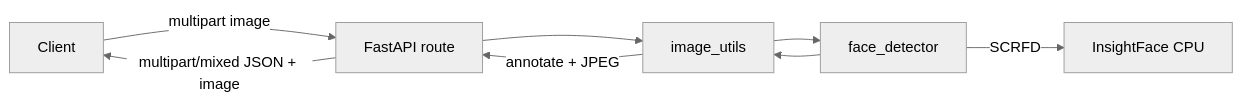
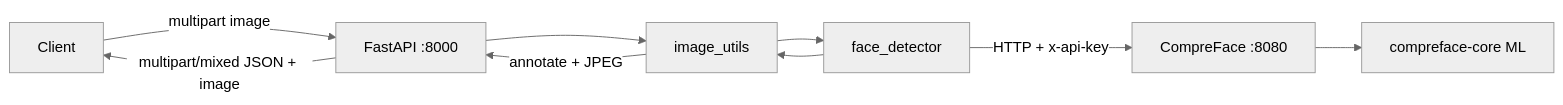
The diagram in README.md (sanjaycoder01/Face-Detection), drawn with Mermaid (neutral theme) before and after one commit. The commit also changed other lines of this file and 24 other files, not shown here.

````diff
--- a/README.md
+++ b/README.md
@@ -22,10 +30,11 @@
 ```mermaid
 flowchart LR
-  Client -->|multipart image| API[FastAPI route]
+  Client -->|multipart image| API[FastAPI :8000]
   API --> Utils[image_utils]
   Utils --> Detector[face_detector]
-  Detector -->|SCRFD| InsightFace[InsightFace CPU]
+  Detector -->|HTTP + x-api-key| CF[CompreFace :8080]
+  CF --> Core[compreface-core ML]
   Detector --> Utils
   Utils -->|annotate + JPEG| API
   API -->|multipart/mixed JSON + image| Client
 ```
````
